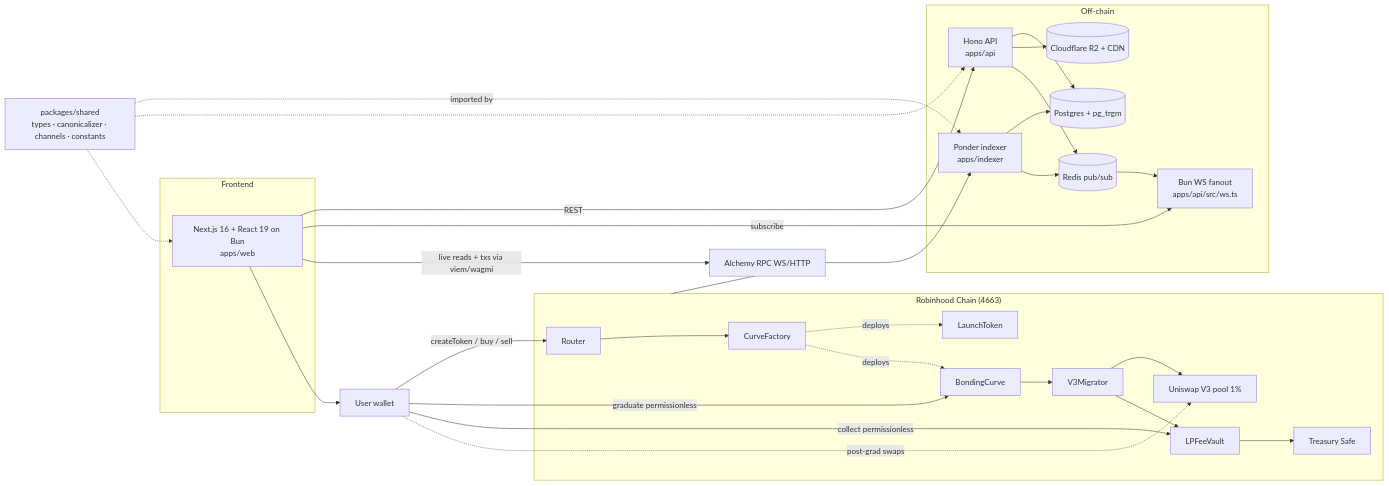
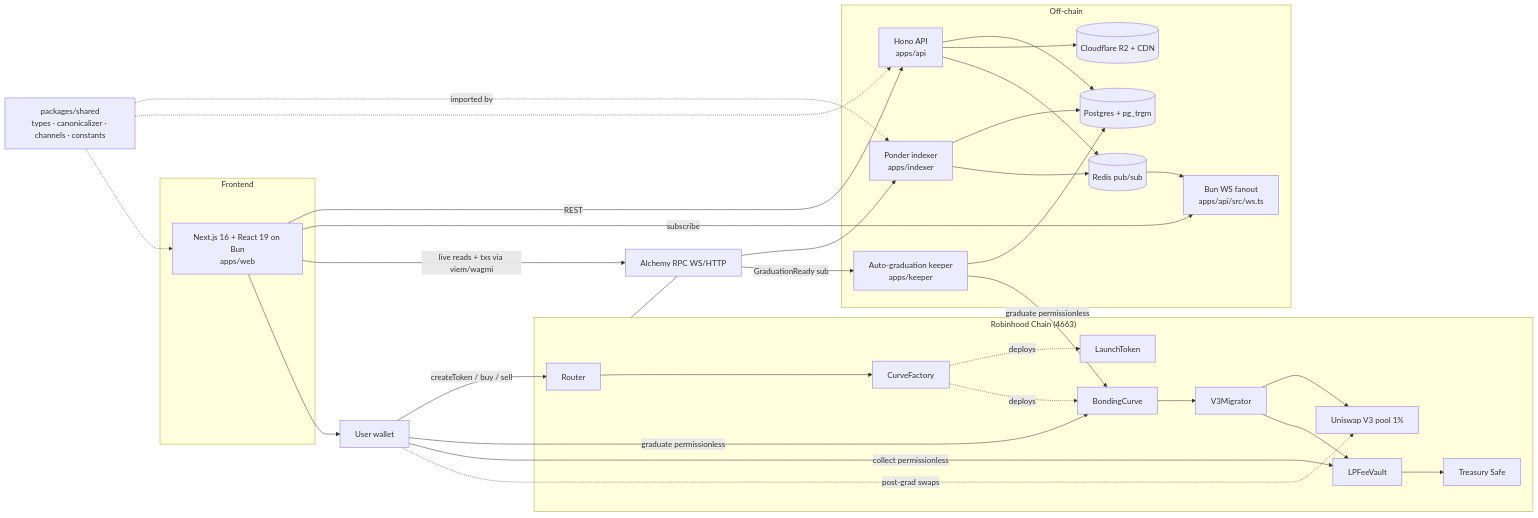
One commit to robbed-fun/robbed changed the diagram in docs/developers/architecture.md. Above: the diagram before and after it, drawn with Mermaid. The commit also changed other lines of this file and 27 other files, not shown here.

First line of the commit message:
feat(keeper): auto-graduation service, compose wiring, runbook

````diff
--- a/docs/developers/architecture.md
+++ b/docs/developers/architecture.md
@@ -11,42 +11,45 @@
 ```mermaid
 flowchart LR
     subgraph chain["Robinhood Chain (4663)"]
         RTR[Router] --> CF[CurveFactory]
         CF -.deploys.-> LT[LaunchToken]
         CF -.deploys.-> BC[BondingCurve]
         BC --> MIG[V3Migrator]
         MIG --> POOL[Uniswap V3 pool 1%]
         MIG --> VAULT[LPFeeVault]
         VAULT --> SAFE[Treasury Safe]
     end
 
     WALLET[User wallet] -->|createToken / buy / sell| RTR
     WALLET -->|graduate permissionless| BC
     WALLET -->|collect permissionless| VAULT
     WALLET -.->|post-grad swaps| POOL
 
     subgraph offchain["Off-chain"]
         PONDER[Ponder indexer<br/>apps/indexer] --> PG[(Postgres + pg_trgm)]
         PONDER --> REDIS[(Redis pub/sub)]
         REDIS --> WS[Bun WS fanout<br/>apps/api/src/ws.ts]
         API[Hono API<br/>apps/api] --> PG
         API --> R2[(Cloudflare R2 + CDN)]
         API --> REDIS
+        KEEPER[Auto-graduation keeper<br/>apps/keeper] --> PG
     end
 
     RPC[Alchemy RPC WS/HTTP] --> PONDER
+    RPC -->|GraduationReady sub| KEEPER
+    KEEPER -->|graduate permissionless| BC
     chain --- RPC
 
     subgraph fe["Frontend"]
         WEB[Next.js 16 + React 19 on Bun<br/>apps/web]
     end
 
     WEB -->|REST| API
     WEB -->|subscribe| WS
     WEB -->|live reads + txs via viem/wagmi| RPC
     WEB --> WALLET
 
     SHARED[packages/shared<br/>types · canonicalizer · channels · constants] -.imported by.-> PONDER
     SHARED -.-> API
     SHARED -.-> WEB
 ```
````
